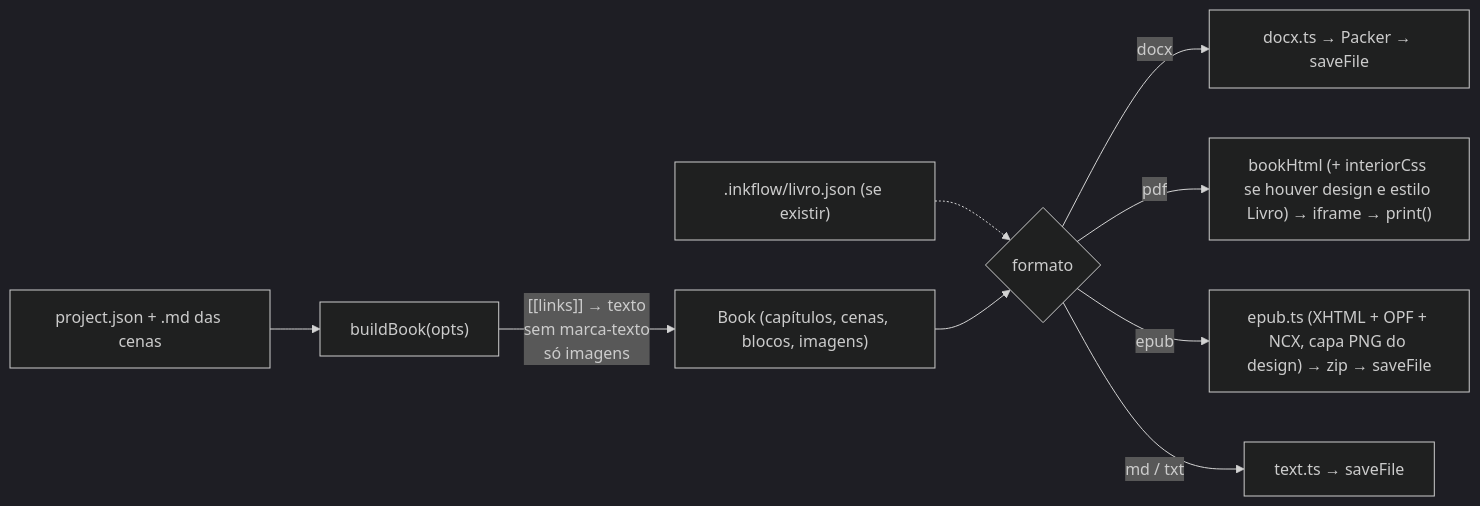
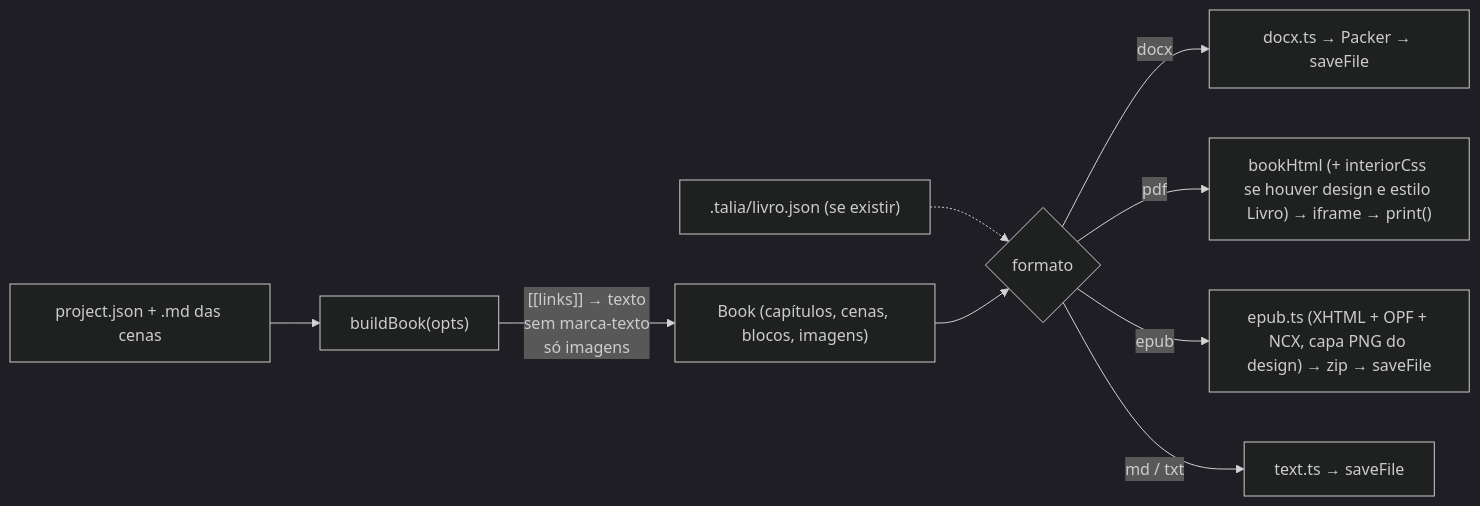
Before and after one commit to Marcosdeobjunior/projetc: the sixth of 6 diagrams in docs/arquitetura.md, drawn with Mermaid (dark theme). The commit also changed other lines of this file and 33 other files, not shown here.

First line of the commit message:
Rename internal inkflow names to talia

````diff
--- a/docs/arquitetura.md
+++ b/docs/arquitetura.md
@@ -615,11 +615,11 @@
 ```mermaid
 flowchart LR
   P["project.json + .md das cenas"] --> B["buildBook(opts)"]
   B -->|"[[links]] → texto<br/>sem marca-texto<br/>só imagens"| Book["Book (capítulos, cenas, blocos, imagens)"]
-  D[".inkflow/livro.json (se existir)"] -.-> X
+  D[".talia/livro.json (se existir)"] -.-> X
   Book --> X{formato}
   X -->|docx| W["docx.ts → Packer → saveFile"]
   X -->|pdf| H["bookHtml (+ interiorCss se houver design e estilo Livro) → iframe → print()"]
   X -->|epub| E["epub.ts (XHTML + OPF + NCX, capa PNG do design) → zip → saveFile"]
   X -->|md / txt| T["text.ts → saveFile"]
 ```
````
